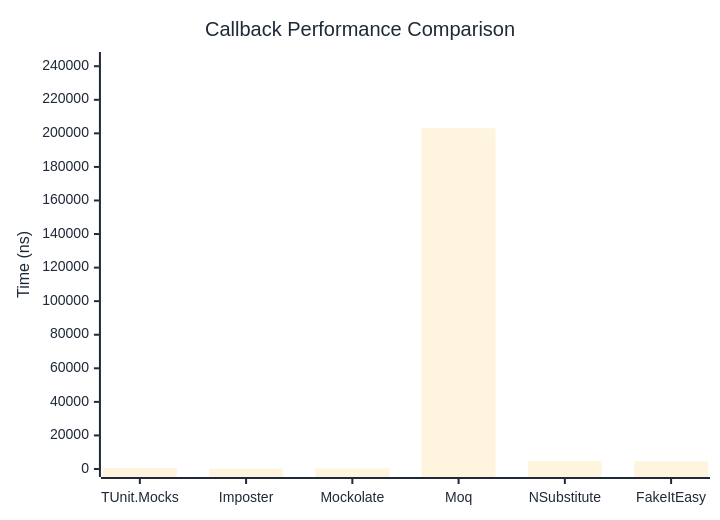
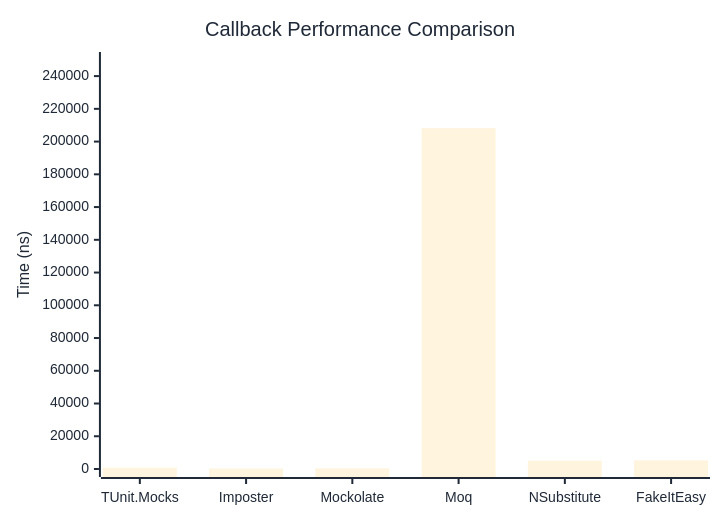
One commit to thomhurst/TUnit changed the first of 2 diagrams in docs/docs/benchmarks/mocks/Callback.md. Above: the diagram before and after it, drawn with Mermaid. The commit also changed other lines of this file and 14 other files, not shown here.

````diff
--- a/docs/docs/benchmarks/mocks/Callback.md
+++ b/docs/docs/benchmarks/mocks/Callback.md
@@ -30,27 +30,27 @@
 ```mermaid
 %%{init: {
   'theme':'base',
   'themeVariables': {
     'primaryColor': '#2563eb',
     'primaryTextColor': '#1f2937',
     'primaryBorderColor': '#1e40af',
     'lineColor': '#6b7280',
     'secondaryColor': '#7c3aed',
     'tertiaryColor': '#dc2626',
     'background': '#ffffff',
     'pie1': '#2563eb',
     'pie2': '#7c3aed',
     'pie3': '#dc2626',
     'pie4': '#f59e0b',
     'pie5': '#10b981',
     'pie6': '#06b6d4',
     'pie7': '#ec4899',
     'pie8': '#6366f1'
   }
 }}%%
 xychart-beta
   title "Callback Performance Comparison"
   x-axis ["TUnit.Mocks", "Imposter", "Mockolate", "Moq", "NSubstitute", "FakeItEasy"]
-  y-axis "Time (ns)" 0 --> 243706
-  bar [622.7, 238.8, 313.1, 203087.7, 4758.9, 4677.3]
+  y-axis "Time (ns)" 0 --> 249831
+  bar [765.6, 276.7, 400.7, 208191.9, 5081.8, 5258.3]
 ```
````
